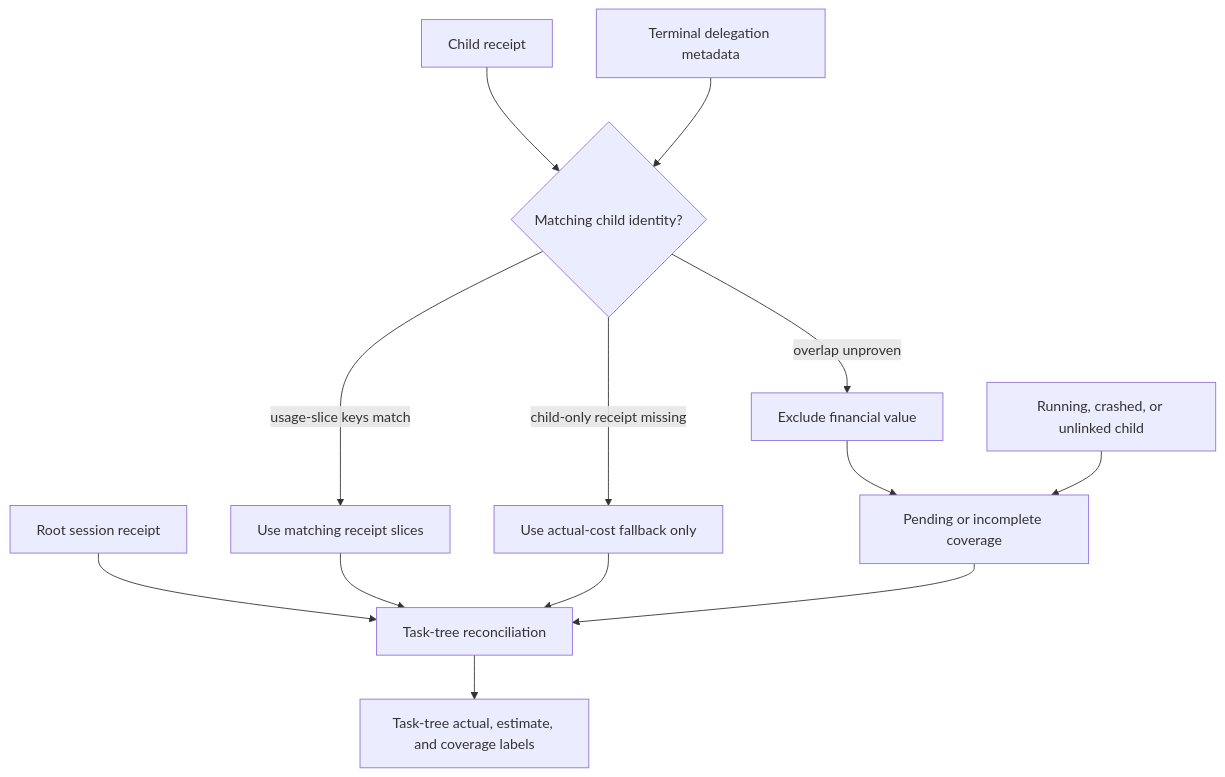
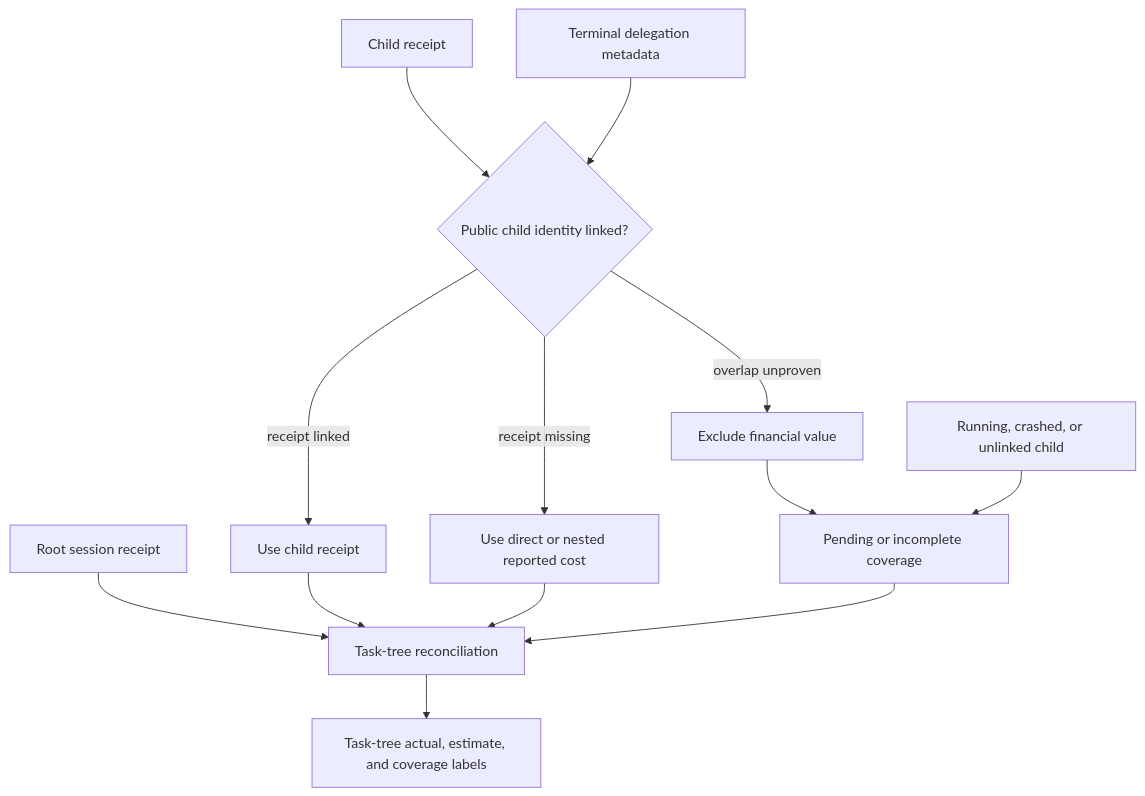
The third of 6 diagrams in docs/plans/2026-07-30-003-feat-prewalk-personal-savings-analytics-plan.md (javonmcgilberry/pi-prewalk), drawn with Mermaid before and after one commit. The commit also changed other lines of this file and 16 other files, not shown here.

````diff
--- a/docs/plans/2026-07-30-003-feat-prewalk-personal-savings-analytics-plan.md
+++ b/docs/plans/2026-07-30-003-feat-prewalk-personal-savings-analytics-plan.md
@@ -407,15 +407,15 @@
 ```mermaid
 flowchart TB
     Root["Root session receipt"] --> Tree["Task-tree reconciliation"]
-    Child["Child receipt"] --> Dedupe{"Matching child identity?"}
+    Child["Child receipt"] --> Dedupe{"Public child identity linked?"}
     Meta["Terminal delegation metadata"] --> Dedupe
-    Dedupe -->|usage-slice keys match| ChildOnly["Use matching receipt slices"]
-    Dedupe -->|child-only receipt missing| Fallback["Use actual-cost fallback only"]
+    Dedupe -->|receipt linked| ChildOnly["Use child receipt"]
+    Dedupe -->|receipt missing| Fallback["Use direct or nested reported cost"]
     Dedupe -->|overlap unproven| Unresolved["Exclude financial value"]
     ChildOnly --> Tree
     Fallback --> Tree
     Unresolved --> Coverage
     Pending["Running, crashed, or unlinked child"] --> Coverage["Pending or incomplete coverage"]
     Coverage --> Tree
     Tree --> Report["Task-tree actual, estimate, and coverage labels"]
 ```
````
